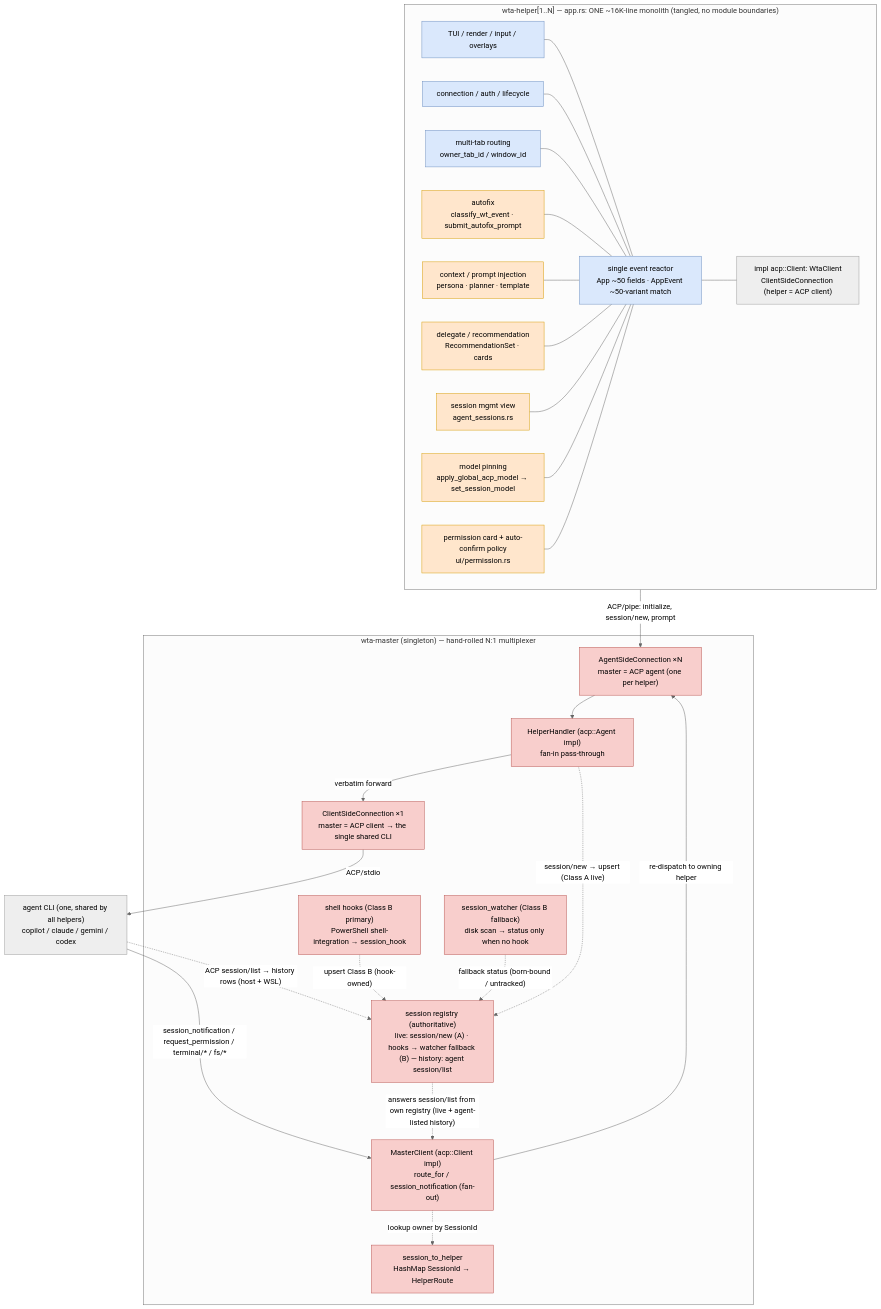
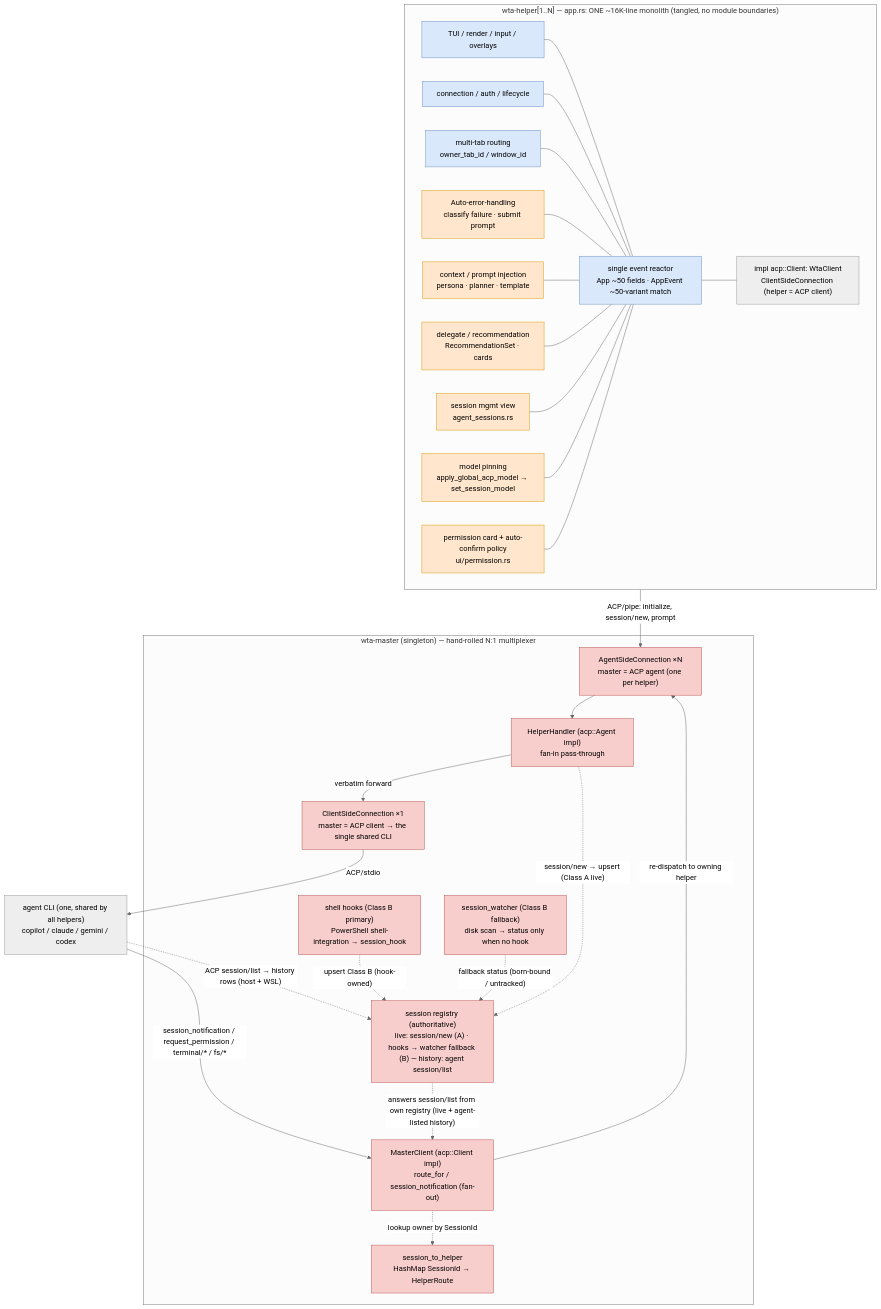
One commit to microsoft/intelligent-terminal changed the first of 5 diagrams in doc/specs/acp-1.0-conductor-migration.md. Above: the diagram before and after it, drawn with Mermaid (neutral theme). The commit also changed other lines of this file and 333 other files, not shown here.

Commit message:
Unify Auto-error-handling settings

````diff
--- a/doc/specs/acp-1.0-conductor-migration.md
+++ b/doc/specs/acp-1.0-conductor-migration.md
@@ -101,60 +101,60 @@
 ```mermaid
 flowchart TB
     subgraph helper["wta-helper[1..N] — app.rs: ONE ~16K-line monolith (tangled, no module boundaries)"]
         direction LR
         REACTOR["single event reactor<br/>App ~50 fields · AppEvent ~50-variant match"]
         TUI["TUI / render / input / overlays"]
         CONN["connection / auth / lifecycle"]
         TAB["multi-tab routing<br/>owner_tab_id / window_id"]
-        AFX["autofix<br/>classify_wt_event · submit_autofix_prompt"]
+        AFX["Auto-error-handling<br/>classify failure · submit prompt"]
         CTX["context / prompt injection<br/>persona · planner · template"]
         REC["delegate / recommendation<br/>RecommendationSet · cards"]
         SESS["session mgmt view<br/>agent_sessions.rs"]
         MOD["model pinning<br/>apply_global_acp_model → set_session_model"]
         PERM["permission card + auto-confirm policy<br/>ui/permission.rs"]
         WC["impl acp::Client: WtaClient<br/>ClientSideConnection (helper = ACP client)"]
         TUI --- REACTOR
         CONN --- REACTOR
         TAB --- REACTOR
         AFX --- REACTOR
         CTX --- REACTOR
         REC --- REACTOR
         SESS --- REACTOR
         MOD --- REACTOR
         PERM --- REACTOR
         REACTOR --- WC
     end
 
     subgraph master["wta-master (singleton) — hand-rolled N:1 multiplexer"]
         ASC["AgentSideConnection ×N<br/>master = ACP agent (one per helper)"]
         HH["HelperHandler (acp::Agent impl)<br/>fan-in pass-through"]
         MAP["session_to_helper<br/>HashMap SessionId → HelperRoute"]
         MC["MasterClient (acp::Client impl)<br/>route_for / session_notification (fan-out)"]
         REG["session registry (authoritative)<br/>live: session/new (A) · hooks → watcher fallback (B) — history: agent session/list"]
         HOOK["shell hooks (Class B primary)<br/>PowerShell shell-integration → session_hook"]
         WATCH["session_watcher (Class B fallback)<br/>disk scan → status only when no hook"]
         CSC["ClientSideConnection ×1<br/>master = ACP client → the single shared CLI"]
     end
 
     CLI["agent CLI (one, shared by all helpers)<br/>copilot / claude / gemini / codex"]
 
     WC -->|"ACP/pipe: initialize, session/new, prompt"| ASC
     ASC --> HH
     HH -->|"verbatim forward"| CSC
     CSC -->|"ACP/stdio"| CLI
     CLI -->|"session_notification / request_permission / terminal/* / fs/*"| MC
     MC -.->|"lookup owner by SessionId"| MAP
     MC -->|"re-dispatch to owning helper"| ASC
     HH -.->|"session/new → upsert (Class A live)"| REG
     HOOK -.->|"upsert Class B (hook-owned)"| REG
     WATCH -.->|"fallback status (born-bound / untracked)"| REG
     CLI -.->|"ACP session/list → history rows (host + WSL)"| REG
     REG -.->|"answers session/list from own registry (live + agent-listed history)"| MC
 
     classDef proxyable fill:#ffe6cc,stroke:#d79b00,color:#000;
     classDef plumbing fill:#dae8fc,stroke:#6c8ebf,color:#000;
     classDef handrolled fill:#f8cecc,stroke:#b85450,color:#000;
     class AFX,CTX,REC,SESS,MOD,PERM proxyable;
     class TUI,CONN,TAB,REACTOR plumbing;
     class HH,MAP,MC,REG,HOOK,WATCH,ASC,CSC handrolled;
 ```
````
